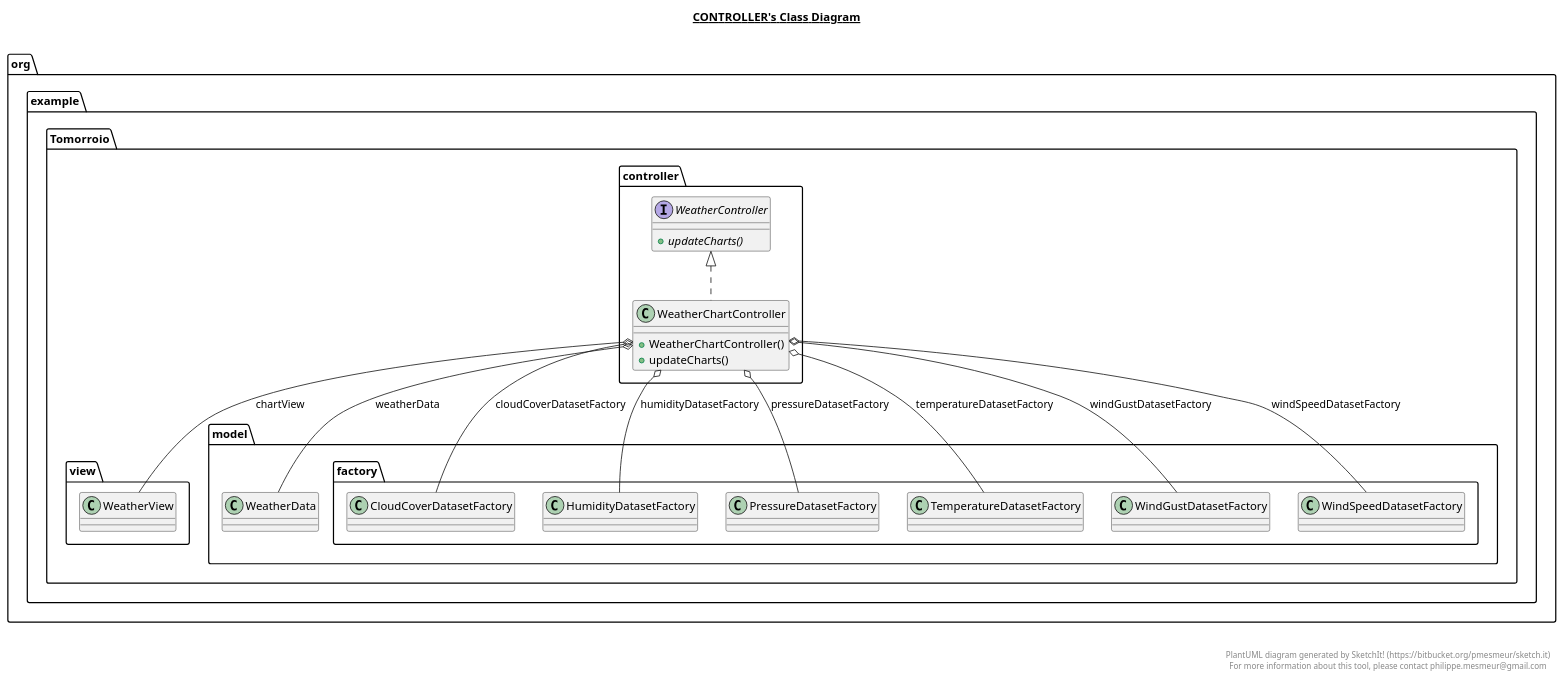
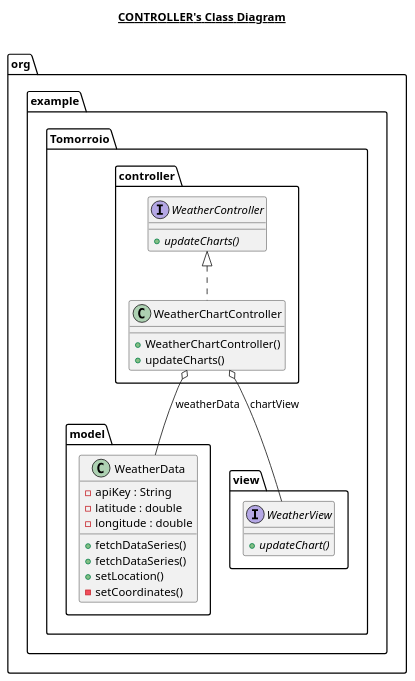
The diagram in src/main/java/org/example/Tomorroio/controller/controller.plantuml (jordidogo/ProyectoFinalDAP), drawn with PlantUML before and after one commit. The commit also changed 18 other files, not shown here.

Commit message:
Editado Informe2.tex y editados Diagramas

```diff
--- a/src/main/java/org/example/Tomorroio/controller/controller.plantuml
+++ b/src/main/java/org/example/Tomorroio/controller/controller.plantuml
@@ -1,42 +1,47 @@
 @startuml
 
 title __CONTROLLER's Class Diagram__\n
 
   namespace org.example.Tomorroio {
     namespace controller {
       class org.example.Tomorroio.controller.WeatherChartController {
           + WeatherChartController()
           + updateCharts()
       }
     }
   }
-  
-
   namespace org.example.Tomorroio {
-    namespace controller {
-      interface org.example.Tomorroio.controller.WeatherController {
-          {abstract} + updateCharts()
+    namespace model {
+      class org.example.Tomorroio.model.WeatherData {
+            - apiKey : String
+            - latitude : double
+            - longitude : double
+            + fetchDataSeries()
+            + fetchDataSeries()
+            + setLocation()
+            - setCoordinates()
       }
     }
+
+    namespace view {
+        interface org.example.Tomorroio.view.WeatherView {
+              {abstract} + updateChart()
+        }
+    }
+
+    namespace controller {
+        interface org.example.Tomorroio.controller.WeatherController {
+            {abstract} + updateCharts()
+            }
+        }
   }
-  
+
+
+
+
 
   org.example.Tomorroio.controller.WeatherChartController .up.|> org.example.Tomorroio.controller.WeatherController
   org.example.Tomorroio.controller.WeatherChartController o-- org.example.Tomorroio.view.WeatherView : chartView
-  org.example.Tomorroio.controller.WeatherChartController o-- org.example.Tomorroio.model.factory.CloudCoverDatasetFactory : cloudCoverDatasetFactory
-  org.example.Tomorroio.controller.WeatherChartController o-- org.example.Tomorroio.model.factory.HumidityDatasetFactory : humidityDatasetFactory
-  org.example.Tomorroio.controller.WeatherChartController o-- org.example.Tomorroio.model.factory.PressureDatasetFactory : pressureDatasetFactory
-  org.example.Tomorroio.controller.WeatherChartController o-- org.example.Tomorroio.model.factory.TemperatureDatasetFactory : temperatureDatasetFactory
   org.example.Tomorroio.controller.WeatherChartController o-- org.example.Tomorroio.model.WeatherData : weatherData
-  org.example.Tomorroio.controller.WeatherChartController o-- org.example.Tomorroio.model.factory.WindGustDatasetFactory : windGustDatasetFactory
-  org.example.Tomorroio.controller.WeatherChartController o-- org.example.Tomorroio.model.factory.WindSpeedDatasetFactory : windSpeedDatasetFactory
-
-
-right footer
-
-
-PlantUML diagram generated by SketchIt! (https://bitbucket.org/pmesmeur/sketch.it)
-For more information about this tool, please contact philippe.mesmeur@gmail.com
-endfooter
 
 @enduml
```
